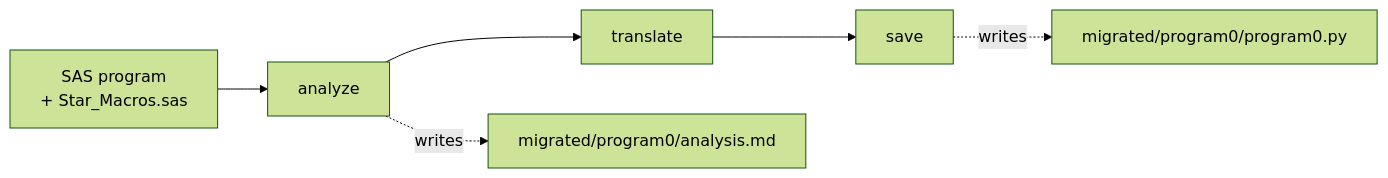
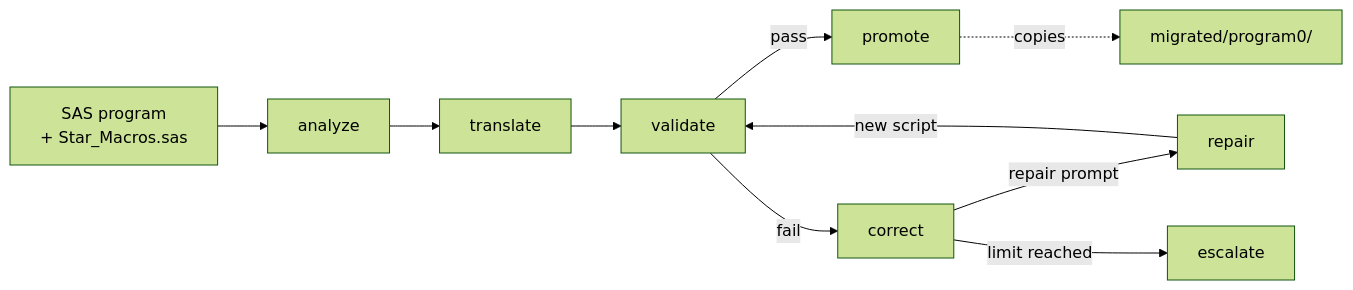
Before and after one commit to Break-Through-Tech/Abt-Global-1F-ai-powered-sas-migration: the diagram in sas_agent/README.md, drawn with Mermaid (forest theme). The commit also changed other lines of this file and 10 other files, not shown here.

````diff
--- a/sas_agent/README.md
+++ b/sas_agent/README.md
@@ -44,6 +51,8 @@
 ```mermaid
 flowchart LR
-    SAS["SAS program<br/>+ Star_Macros.sas"] --> A[analyze] --> T[translate] --> S[save]
-    A -. writes .-> AM["migrated/program0/analysis.md"]
-    S -. writes .-> PY["migrated/program0/program0.py"]
+    SAS["SAS program<br/>+ Star_Macros.sas"] --> A[analyze] --> T[translate] --> V[validate]
+    V -- pass --> P[promote]
+    V -- fail --> C[correct] -- repair prompt --> R[repair] -- new script --> V
+    C -- limit reached --> X[escalate]
+    P -. copies .-> M["migrated/program0/"]
 ```
````
